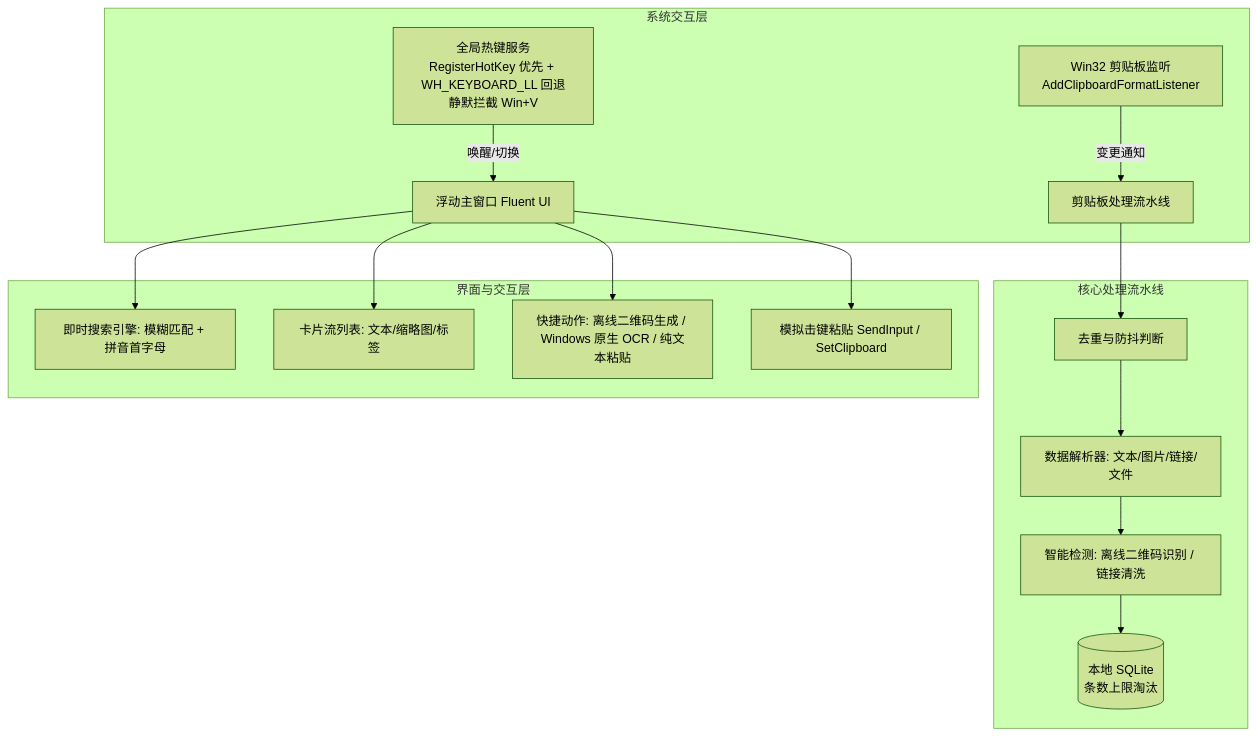
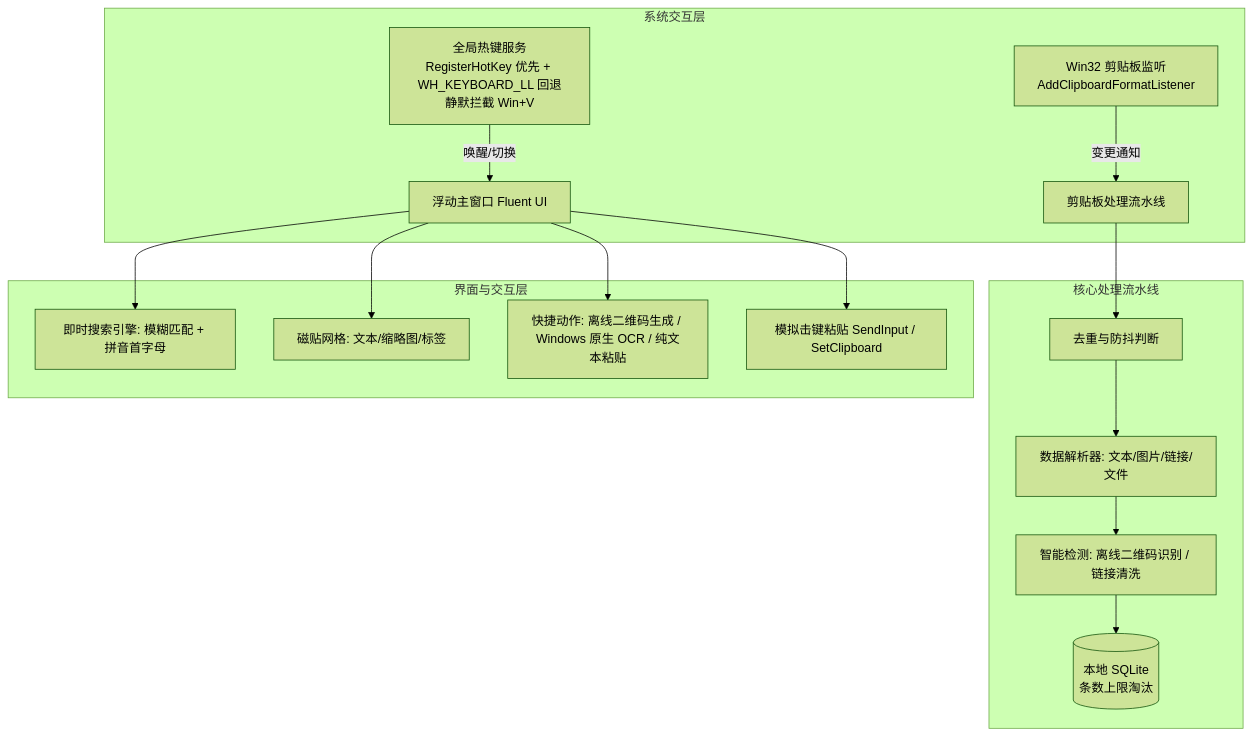
The diagram in docs/DESIGN.md (wlight/quick-clip), drawn with Mermaid (forest theme) before and after one commit. The commit also changed other lines of this file and 5 other files, not shown here.

````diff
--- a/docs/DESIGN.md
+++ b/docs/DESIGN.md
@@ -9,21 +9,21 @@
 ```mermaid
 graph TD
     subgraph 系统交互层
         HK[全局热键服务<br>RegisterHotKey 优先 + WH_KEYBOARD_LL 回退<br>静默拦截 Win+V] -->|唤醒/切换| UI[浮动主窗口 Fluent UI]
         CBM[Win32 剪贴板监听<br>AddClipboardFormatListener] -->|变更通知| PIPE[剪贴板处理流水线]
     end
 
     subgraph 核心处理流水线
         PIPE --> DEDUP[去重与防抖判断]
         DEDUP --> PARSER[数据解析器: 文本/图片/链接/文件]
         PARSER --> SMART[智能检测: 离线二维码识别 / 链接清洗]
         SMART --> DB[(本地 SQLite<br>条数上限淘汰)]
     end
 
     subgraph 界面与交互层
         UI --> SEARCH[即时搜索引擎: 模糊匹配 + 拼音首字母]
-        UI --> LIST[卡片流列表: 文本/缩略图/标签]
+        UI --> LIST[磁贴网格: 文本/缩略图/标签]
         UI --> ACTIONS[快捷动作: 离线二维码生成 / Windows 原生 OCR / 纯文本粘贴]
         UI --> PASTE[模拟击键粘贴 SendInput / SetClipboard]
     end
 ```
````
